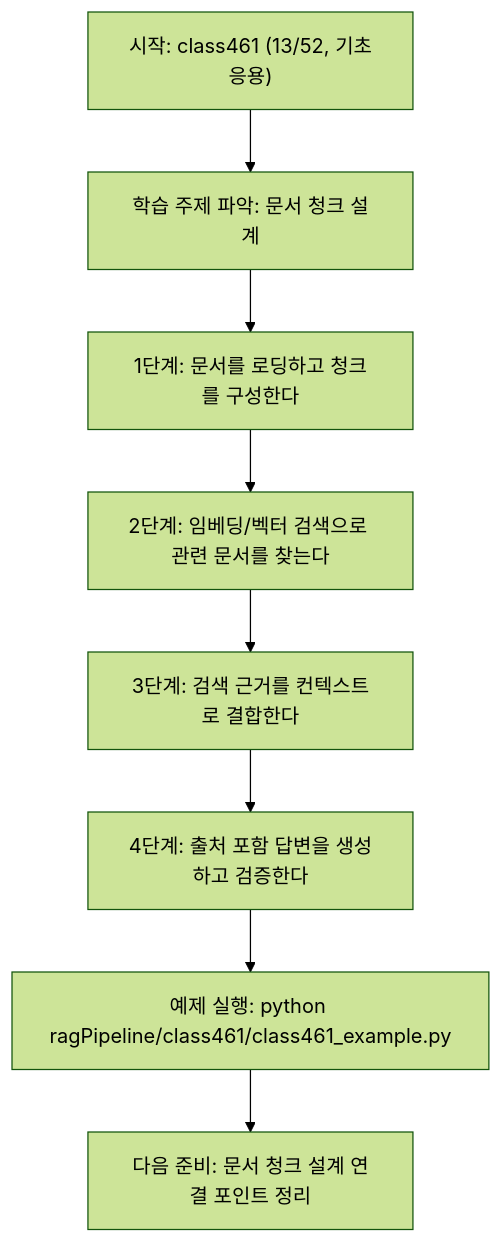
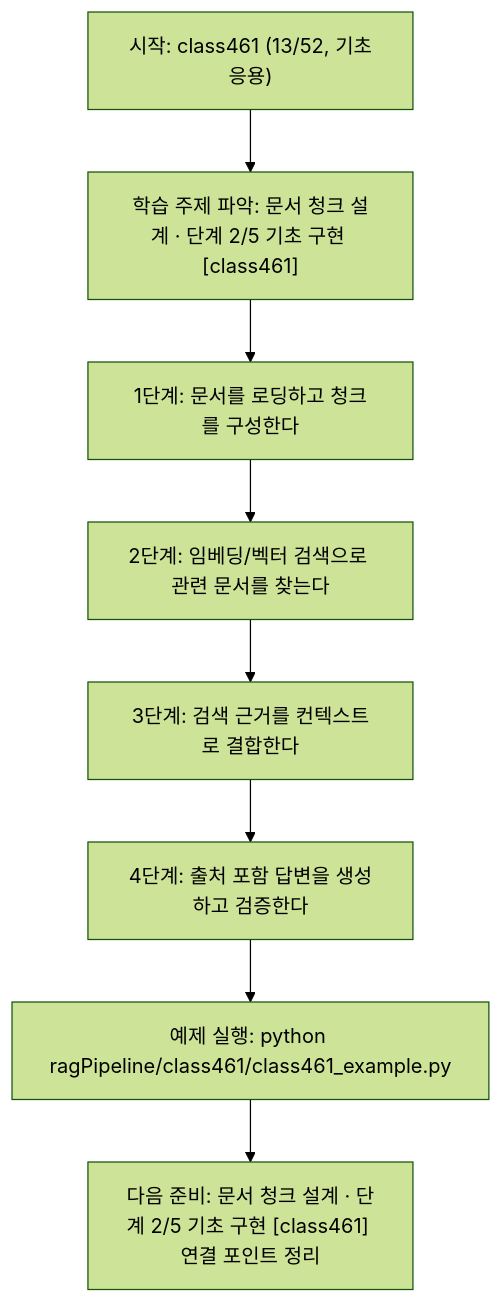
One commit to edumgt/Python-AI_Agent-Class changed the diagram in ragPipeline/class461/class461.md. Above: the diagram before and after it, drawn with Mermaid (forest theme). The commit also changed other lines of this file and 522 other files, not shown here.

````diff
--- a/ragPipeline/class461/class461.md
+++ b/ragPipeline/class461/class461.md
@@ -110,18 +111,18 @@
 ```mermaid
 flowchart TD
 N1["시작: class461 (13/52, 기초응용)"]
-N2["학습 주제 파악: 문서 청크 설계"]
+N2["학습 주제 파악: 문서 청크 설계 · 단계 2/5 기초 구현 [class461]"]
 N3["1단계: 문서를 로딩하고 청크를 구성한다"]
 N4["2단계: 임베딩/벡터 검색으로 관련 문서를 찾는다"]
 N5["3단계: 검색 근거를 컨텍스트로 결합한다"]
 N6["4단계: 출처 포함 답변을 생성하고 검증한다"]
 N7["예제 실행: python ragPipeline/class461/class461_example.py"]
-N8["다음 준비: 문서 청크 설계 연결 포인트 정리"]
+N8["다음 준비: 문서 청크 설계 · 단계 2/5 기초 구현 [class461] 연결 포인트 정리"]
 N1 --> N2
 N2 --> N3
 N3 --> N4
 N4 --> N5
 N5 --> N6
 N6 --> N7
 N7 --> N8
 ```
````
